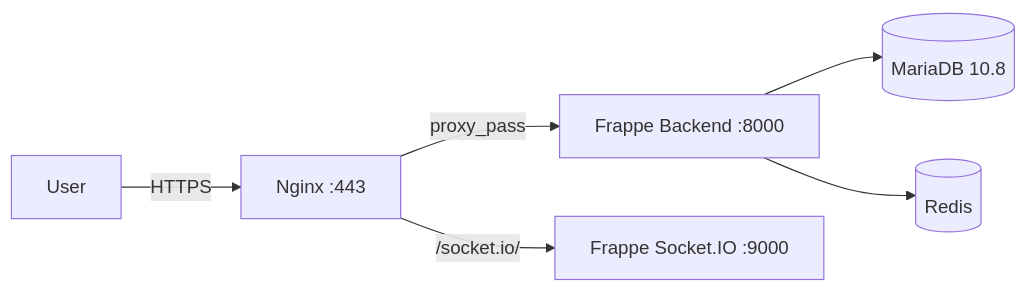
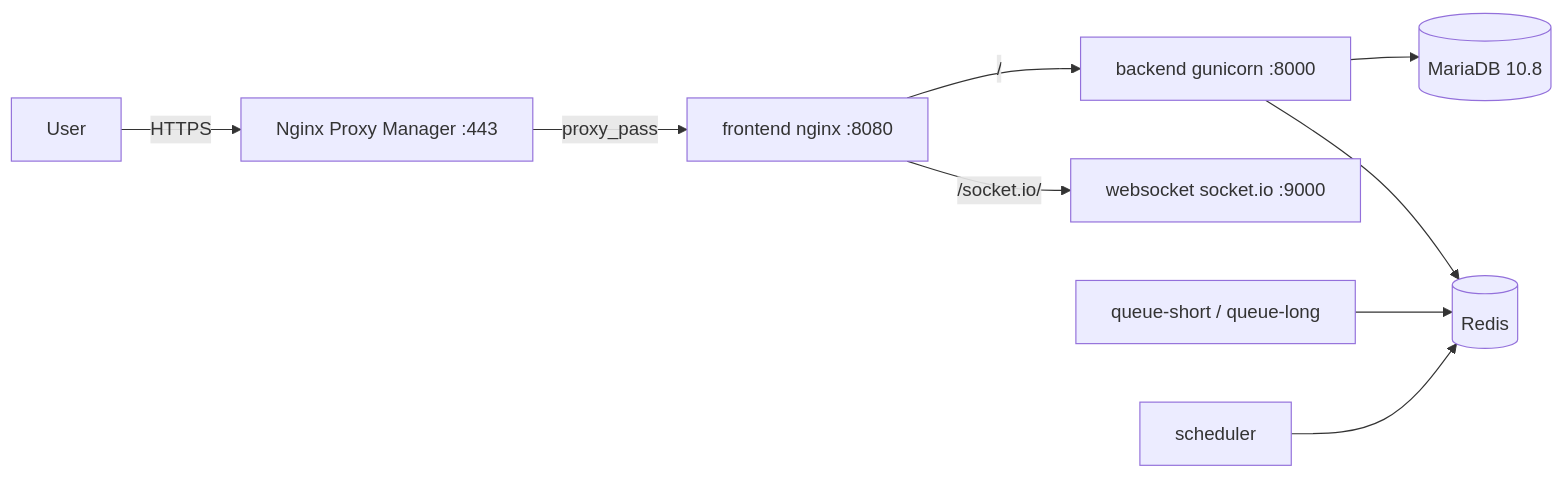
One commit to eunginx/pydllm_billing changed the diagram in DEPLOYMENT.md. Above: the diagram before and after it, drawn with Mermaid. The commit also changed other lines of this file and 11 other files, not shown here.

Commit message:
chore: remove legacy TeamCity deploy and old Docker files; update docs for GitHub Actions + Portainer flow

````diff
--- a/DEPLOYMENT.md
+++ b/DEPLOYMENT.md
@@ -13,8 +13,11 @@
 ```mermaid
 flowchart LR
-    User -->|HTTPS| Nginx[Nginx :443]
-    Nginx -->|proxy_pass| Frappe[Frappe Backend :8000]
-    Nginx -->|/socket.io/| SocketIO[Frappe Socket.IO :9000]
-    Frappe --> MariaDB[(MariaDB 10.8)]
-    Frappe --> Redis[(Redis)]
+    User -->|HTTPS| NPM[Nginx Proxy Manager :443]
+    NPM -->|proxy_pass| Frontend[frontend nginx :8080]
+    Frontend -->|/| Backend[backend gunicorn :8000]
+    Frontend -->|/socket.io/| Websocket[websocket socket.io :9000]
+    Backend --> MariaDB[(MariaDB 10.8)]
+    Backend --> Redis[(Redis)]
+    Queue[queue-short / queue-long] --> Redis
+    Scheduler[scheduler] --> Redis
 ```
````
